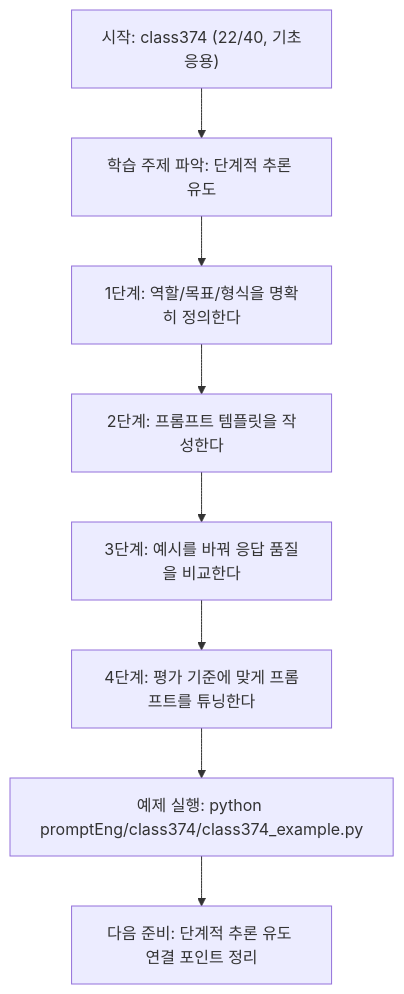
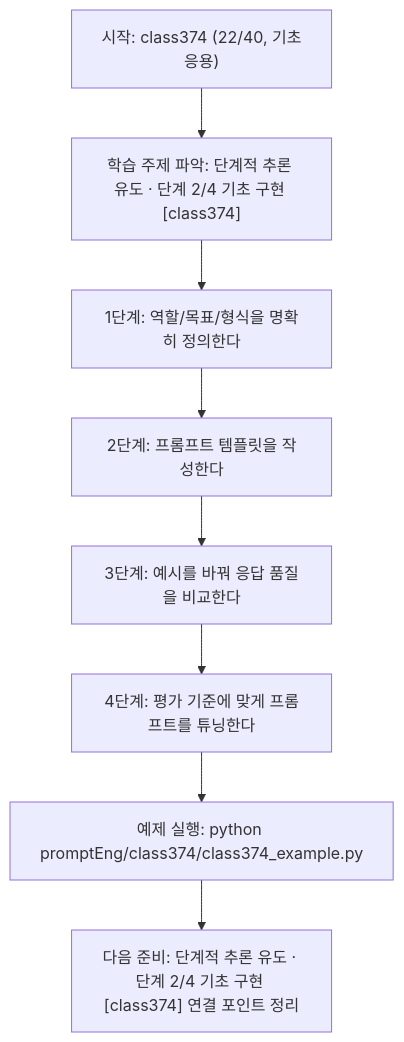
The diagram in promptEng/class374/class374.md (edumgt/Python-AI_Agent-Class), drawn with Mermaid before and after one commit. The commit also changed other lines of this file and 522 other files, not shown here.

````diff
--- a/promptEng/class374/class374.md
+++ b/promptEng/class374/class374.md
@@ -109,18 +110,18 @@
 ```mermaid
 flowchart TD
 N1["시작: class374 (22/40, 기초응용)"]
-N2["학습 주제 파악: 단계적 추론 유도"]
+N2["학습 주제 파악: 단계적 추론 유도 · 단계 2/4 기초 구현 [class374]"]
 N3["1단계: 역할/목표/형식을 명확히 정의한다"]
 N4["2단계: 프롬프트 템플릿을 작성한다"]
 N5["3단계: 예시를 바꿔 응답 품질을 비교한다"]
 N6["4단계: 평가 기준에 맞게 프롬프트를 튜닝한다"]
 N7["예제 실행: python promptEng/class374/class374_example.py"]
-N8["다음 준비: 단계적 추론 유도 연결 포인트 정리"]
+N8["다음 준비: 단계적 추론 유도 · 단계 2/4 기초 구현 [class374] 연결 포인트 정리"]
 N1 --> N2
 N2 --> N3
 N3 --> N4
 N4 --> N5
 N5 --> N6
 N6 --> N7
 N7 --> N8
 ```
````
